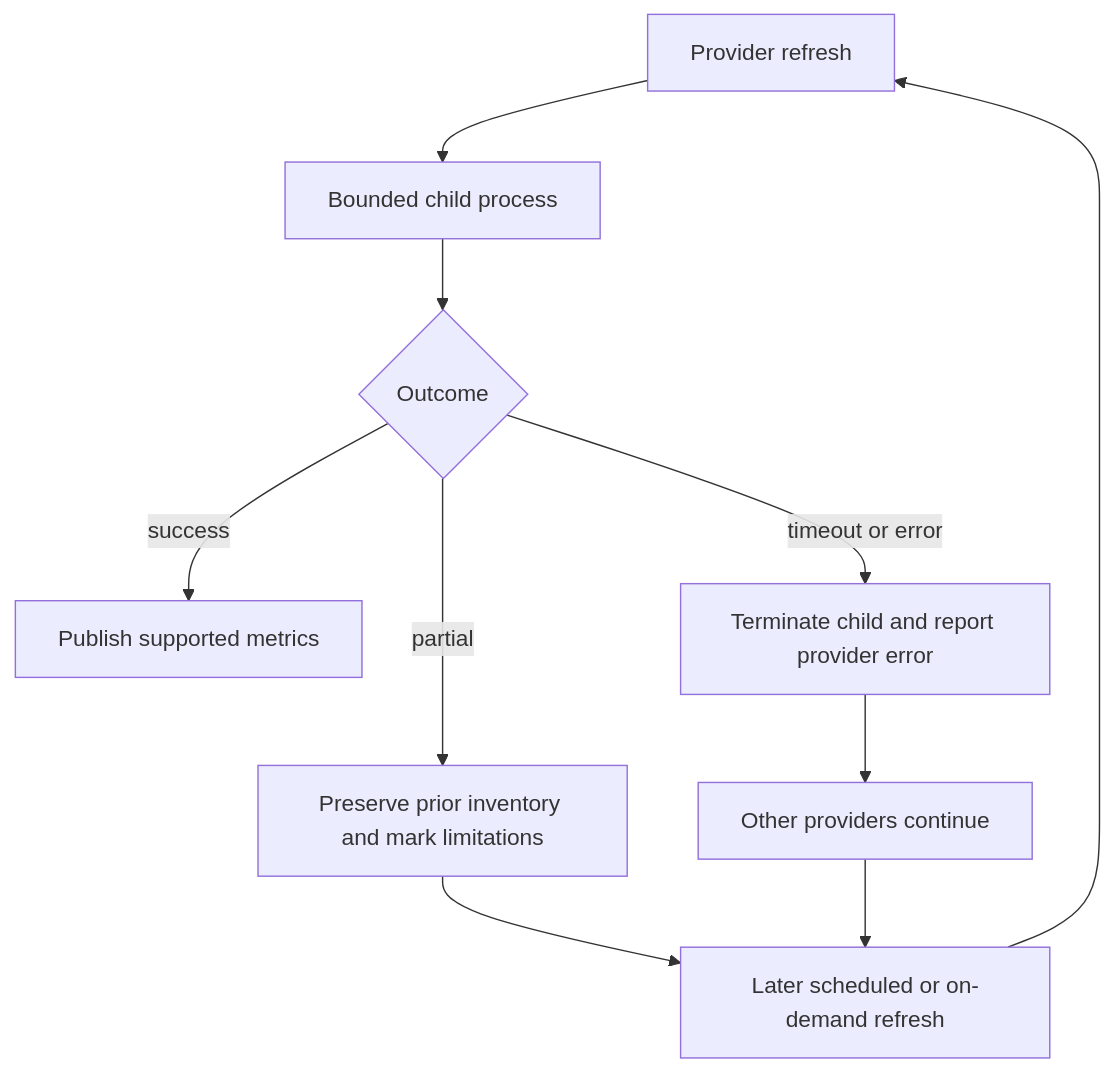
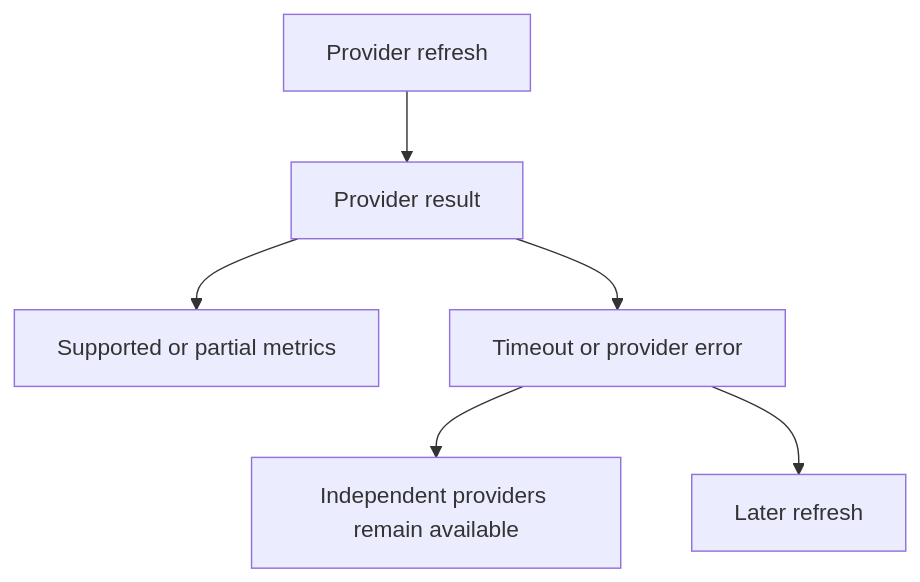
One commit to smuniharish/resourcera changed the diagram in diagrams/provider-failure-recovery.mmd. Above: the diagram before and after it, drawn with Mermaid. The commit also changed 35 other files, not shown here.

```diff
--- a/diagrams/provider-failure-recovery.mmd
+++ b/diagrams/provider-failure-recovery.mmd
@@ -1,10 +1,6 @@
 flowchart TD
-    refresh["Provider refresh"] --> execute["Bounded child process"]
-    execute --> outcome{"Outcome"}
-    outcome -- success --> publish["Publish supported metrics"]
-    outcome -- partial --> preserve["Preserve prior inventory and mark limitations"]
-    outcome -- timeout or error --> terminate["Terminate child and report provider error"]
-    terminate --> independent["Other providers continue"]
-    preserve --> retry["Later scheduled or on-demand refresh"]
-    independent --> retry
-    retry --> refresh
+    refresh["Provider refresh"] --> result["Provider result"]
+    result --> metrics["Supported or partial metrics"]
+    result --> error["Timeout or provider error"]
+    error --> independent["Independent providers remain available"]
+    error --> retry["Later refresh"]
```
